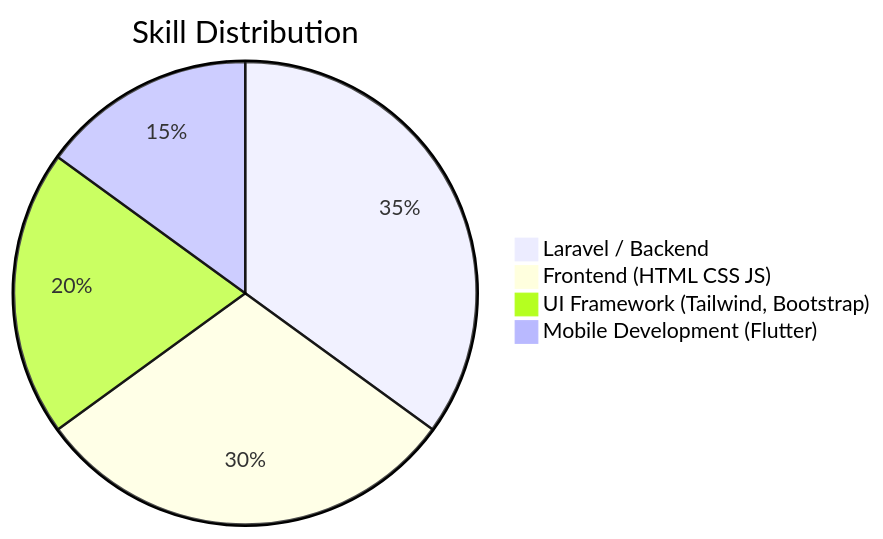
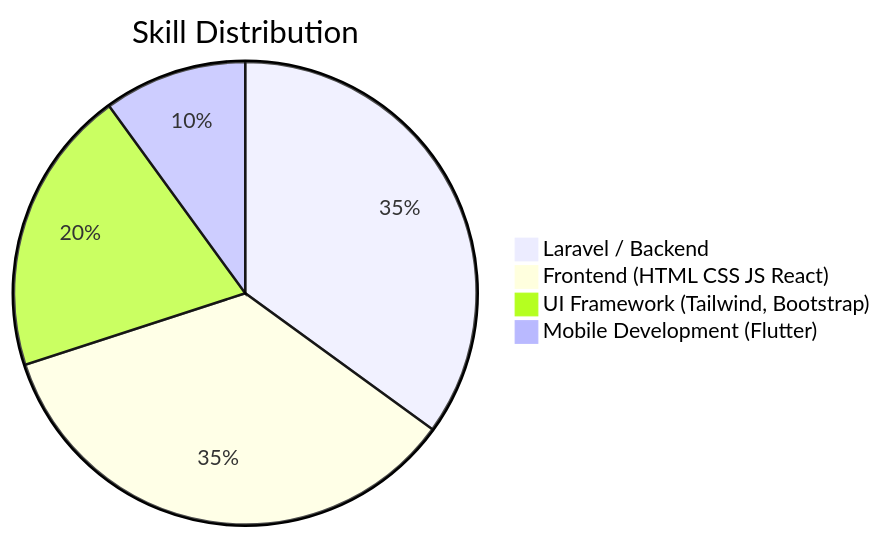
The first of 2 diagrams in README.md (SatriaFarel/Satriafarel), drawn with Mermaid before and after one commit. The commit also changed other lines of this file, not shown here.

````diff
--- a/README.md
+++ b/README.md
@@ -46,8 +47,8 @@
 ```mermaid
 pie
 title Skill Distribution
 "Laravel / Backend" : 35
-"Frontend (HTML CSS JS)" : 30
+"Frontend (HTML CSS JS React)" : 35
 "UI Framework (Tailwind, Bootstrap)" : 20
-"Mobile Development (Flutter)" : 15
+"Mobile Development (Flutter)" : 10
 ```
````
